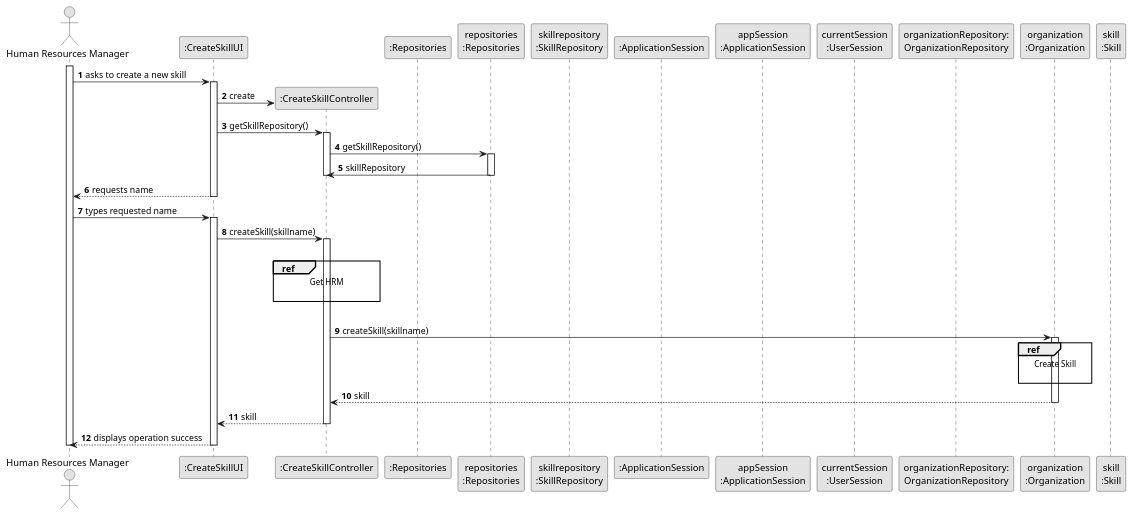
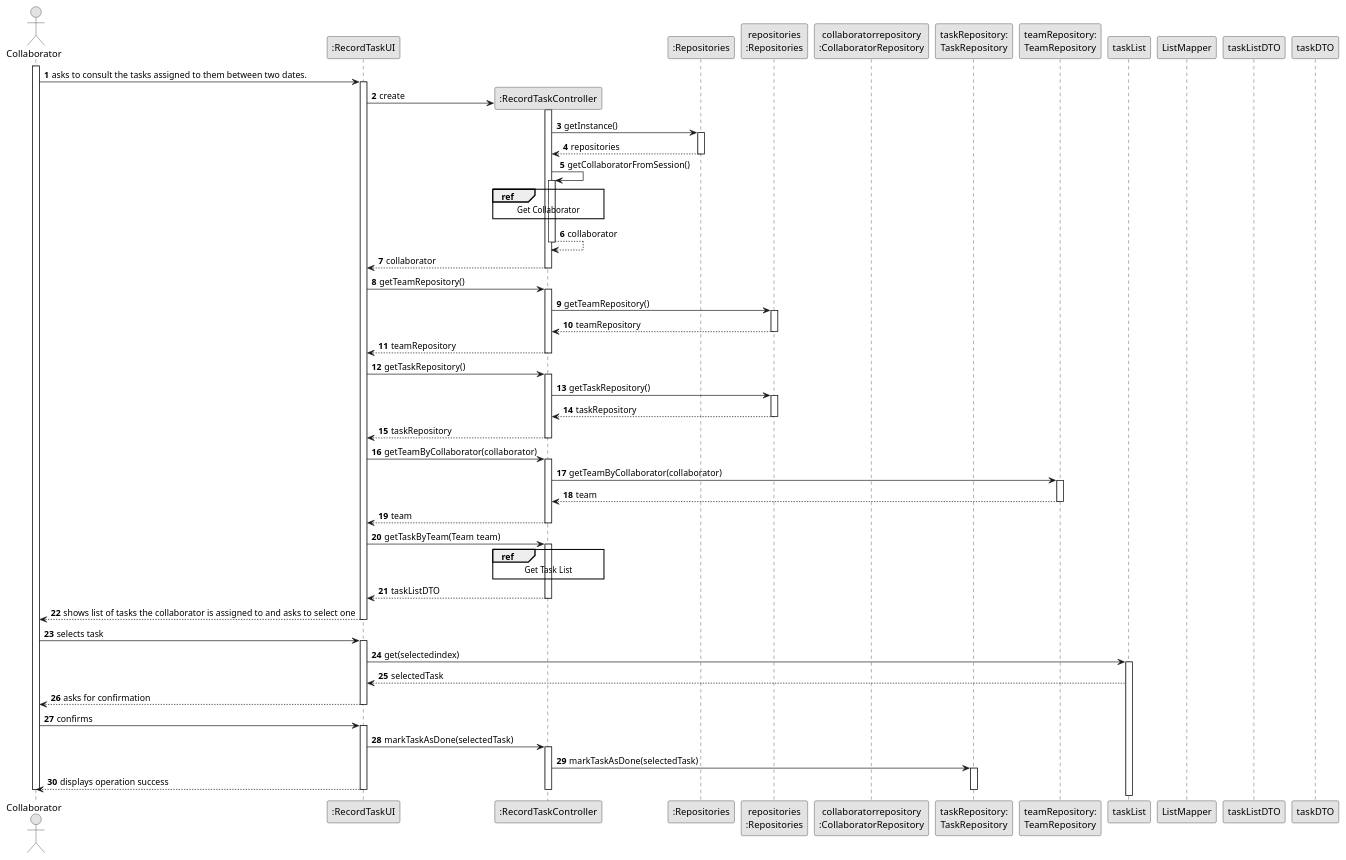
The diagram in docs/sprint3/us029/03.design/puml/us001-sequence-diagram-split.puml (tiagosoa/lei-24-s2-1dgh-g073), drawn with PlantUML before and after one commit. The commit also changed 15 other files, not shown here.

```diff
--- a/docs/sprint3/us029/03.design/puml/us001-sequence-diagram-split.puml
+++ b/docs/sprint3/us029/03.design/puml/us001-sequence-diagram-split.puml
@@ -1,76 +1,133 @@
 @startuml
 skinparam monochrome true
 skinparam packageStyle rectangle
 skinparam shadowing false
 
 autonumber
 
 'hide footbox
-actor "Human Resources Manager" as ADM
-participant ":CreateSkillUI" as UI
-participant ":CreateSkillController" as CTRL
+actor "Collaborator" as ADM
+participant ":RecordTaskUI" as UI
+participant ":RecordTaskController" as CTRL
 participant ":Repositories" as RepositorySingleton
 participant "repositories\n:Repositories" as PLAT
-participant "skillrepository\n:SkillRepository" as SR
-participant ":ApplicationSession" as _APP
-participant "appSession\n:ApplicationSession" as APP
-participant "currentSession\n:UserSession" as SESSAO
-participant "organizationRepository:\nOrganizationRepository" as OrganizationRepository
-participant "organization\n:Organization" as ORG
-participant "skill\n:Skill" as HABILIDADE
+participant "collaboratorrepository\n:CollaboratorRepository" as CR
+participant "taskRepository:\nTaskRepository" as TAR
+participant "teamRepository:\nTeamRepository" as TER
+participant "taskList" as TL
+participant "ListMapper" as LM
+participant "taskListDTO" as TLDTO
+participant "taskDTO" as TDTO
+
 
 activate ADM
 
-        ADM -> UI : asks to create a new skill
+        ADM -> UI : asks to consult the tasks assigned to them between two dates.
 
         activate UI
 
-'            UI --> ADM : requests data (name)
+'            UI --> ADM : requests data (reference, description,  informal \n description, technical description, duration, cost)
             'create CTRL
             UI -> CTRL** : create
+            activate CTRL
 
-         UI -> CTRL : getSkillRepository()
-         activate CTRL
+                                  CTRL -> RepositorySingleton : getInstance()
+                                                    activate RepositorySingleton
 
-                 CTRL -> PLAT : getSkillRepository()
-                         activate PLAT
+                                                        RepositorySingleton --> CTRL: repositories
+                                                    deactivate RepositorySingleton
 
-                     PLAT -> CTRL : skillRepository
-                     deactivate PLAT
-    deactivate CTRL
-    UI --> ADM : requests name
-    deactivate UI
+                                                     CTRL -> CTRL : getCollaboratorFromSession()
+                                                     activate CTRL
 
-    ADM -> UI : types requested name
-    activate UI
+                                                     ref over CTRL
+                                                     Get Collaborator
+                                                     end
 
-        UI -> CTRL : createSkill(skillname)
+                                                         CTRL --> CTRL : collaborator
+                                                     deactivate CTRL
+
+                                                     CTRL --> UI : collaborator
+                                                     deactivate CTRL
+
+            UI -> CTRL : getTeamRepository()
+            activate CTRL
+
+                CTRL -> PLAT : getTeamRepository()
+                activate PLAT
+
+           PLAT --> CTRL : teamRepository
+           deactivate PLAT
+
+           CTRL --> UI : teamRepository
+           deactivate CTRL
+
+                       UI -> CTRL : getTaskRepository()
+                       activate CTRL
+
+                           CTRL -> PLAT : getTaskRepository()
+                           activate PLAT
+
+                      PLAT --> CTRL : taskRepository
+                      deactivate PLAT
+
+                      CTRL --> UI : taskRepository
+                      deactivate CTRL
+
+                    UI -> CTRL : getTeamByCollaborator(collaborator)
+                    activate CTRL
+
+                        CTRL -> TER : getTeamByCollaborator(collaborator)
+                        activate TER
+
+                   TER --> CTRL : team
+                   deactivate TER
+
+                   CTRL --> UI : team
+                   deactivate CTRL
+            UI -> CTRL: getTaskByTeam(Team team)
+            activate CTRL
+
+            ref over CTRL
+            Get Task List
+            end
+
+                        CTRL --> UI : taskListDTO
+                        deactivate CTRL
+        UI --> ADM: shows list of tasks the collaborator is assigned to and asks to select one
+        deactivate UI
+
+        ADM -> UI: selects task
+        activate UI
+
+        UI -> TL: get(selectedindex)
+        activate TL
+
+        TL --> UI: selectedTask
+
+                UI --> ADM: asks for confirmation
+                deactivate UI
+
+                ADM -> UI: confirms
+                activate UI
+
+
+
+
+
+
+        UI -> CTRL : markTaskAsDone(selectedTask)
         activate CTRL
 
-            |||
-                                ref over CTRL
-                                    Get HRM
+        CTRL -> TAR : markTaskAsDone(selectedTask)
+        activate TAR
 
-                                end ref
 
-            |||
-            CTRL -> ORG: createSkill(skillname)
-            activate ORG
-
-                                    ref over ORG
-                                        Create Skill
-
-                                    end ref
-
-                ORG --> CTRL : skill
-
-            deactivate ORG
-
-            CTRL --> UI: skill
+            UI --> ADM: displays operation success
             deactivate CTRL
-            UI --> ADM: displays operation success
+            deactivate TAR
     deactivate UI
 
 deactivate ADM
 
 @enduml
```
